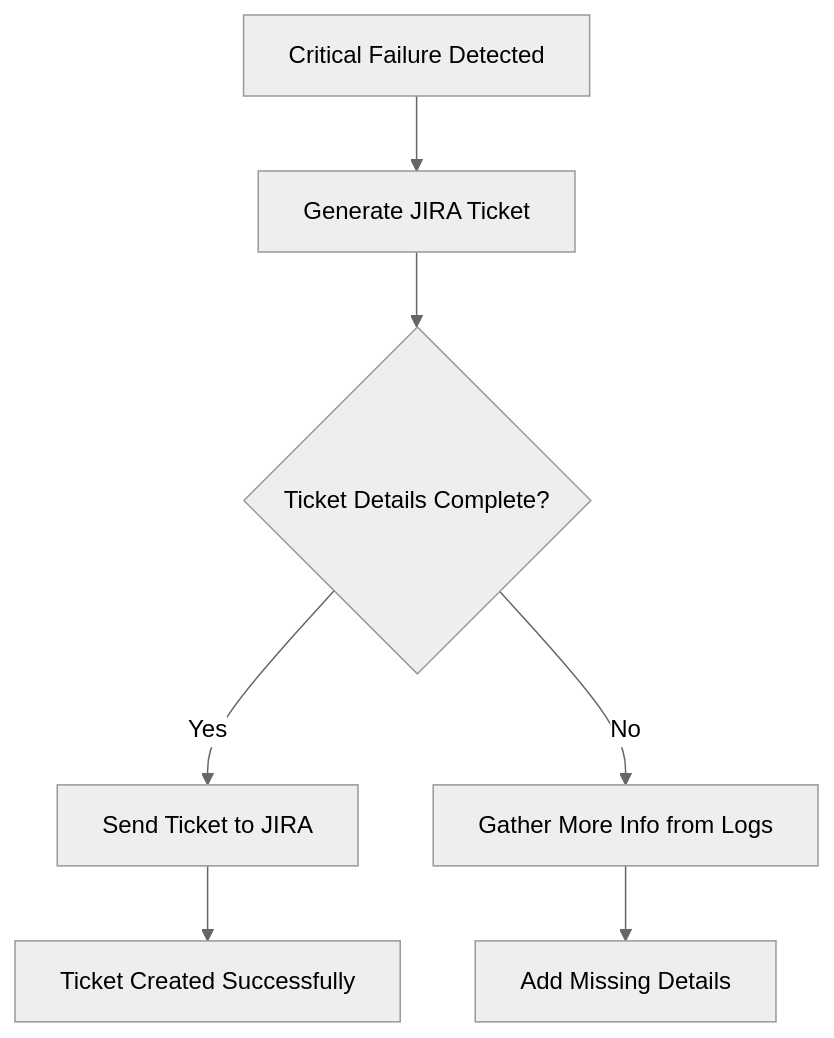
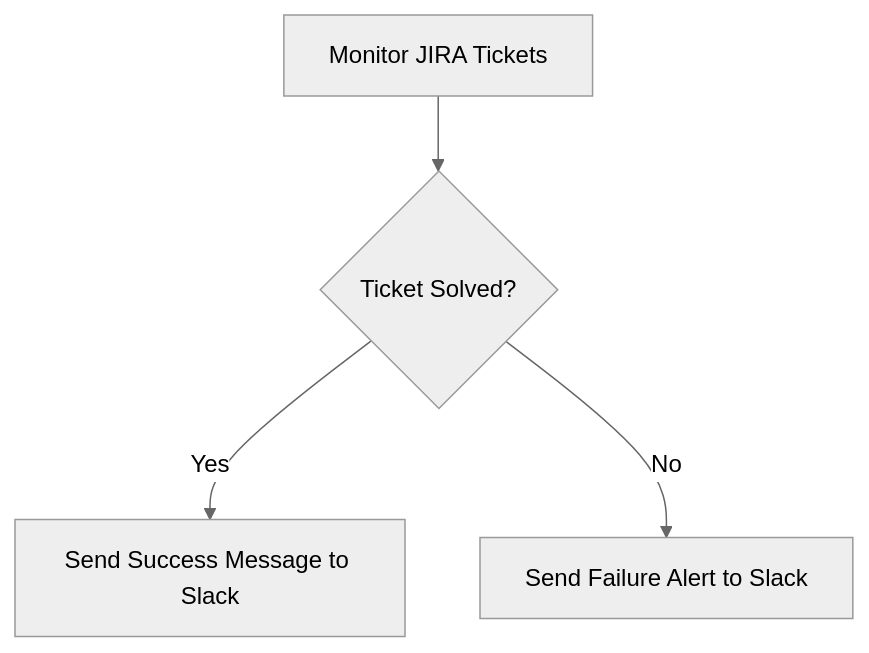
Before and after one commit to kubiyabot/terraform-modules: the second of 2 diagrams in jira-ticket-solver/README.md, drawn with Mermaid (neutral theme). The commit also changed other lines of this file, not shown here.

````diff
--- a/jira-ticket-solver/README.md
+++ b/jira-ticket-solver/README.md
@@ -69,12 +40,6 @@
 ```mermaid
 graph TD
-    A[Critical Failure Detected] --> B[Generate JIRA Ticket]
-    B --> C{Ticket Details Complete?}
-    C -->|Yes| D[Send Ticket to JIRA]
-    C -->|No| E[Gather More Info from Logs]
-
-    D --> F[Ticket Created Successfully]
-    E --> G[Add Missing Details]
-    
-    click B href "https://github.com/kubiyabot/community-tools/ci-cd-diagnosis"
+    A[Monitor JIRA Tickets] --> B{Ticket Solved?}
+    B --> |Yes| C[Send Success Message to Slack]
+    B --> |No| D[Send Failure Alert to Slack]
 ```
````
